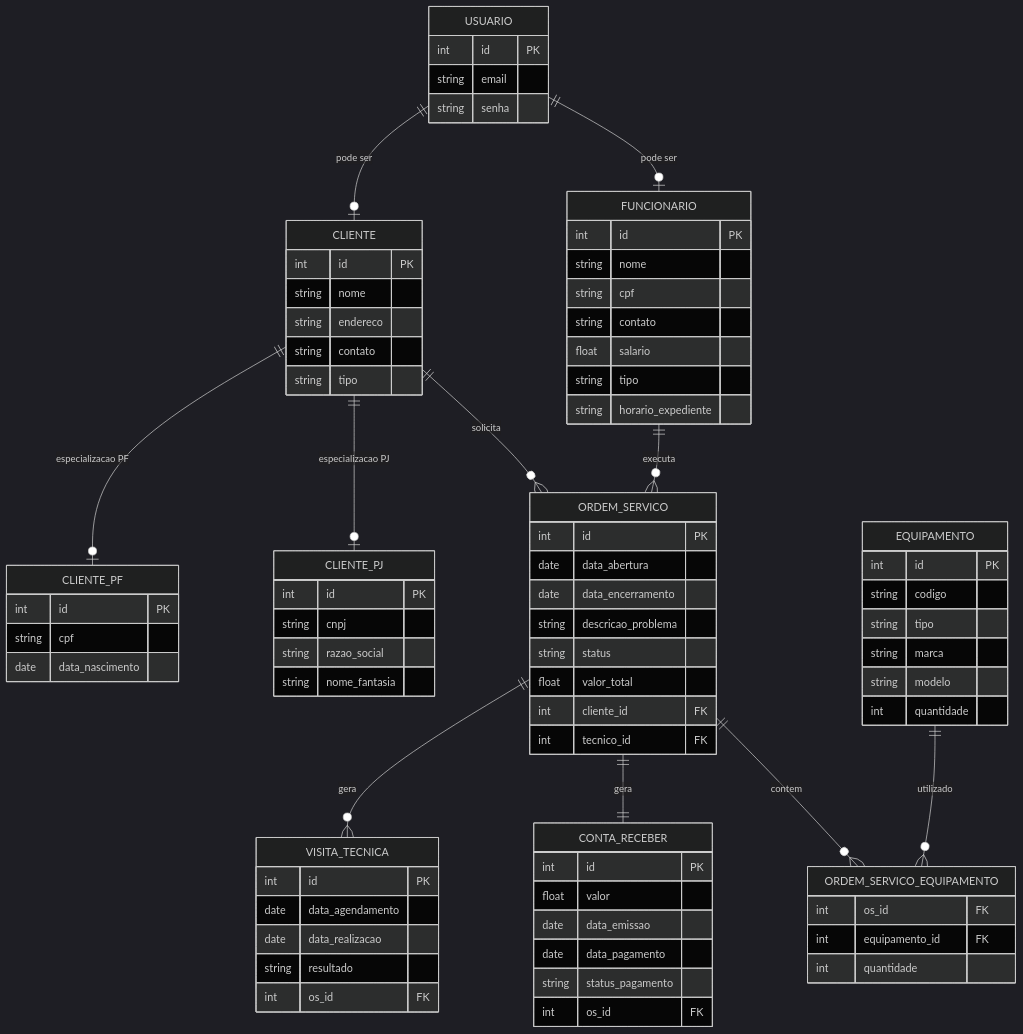
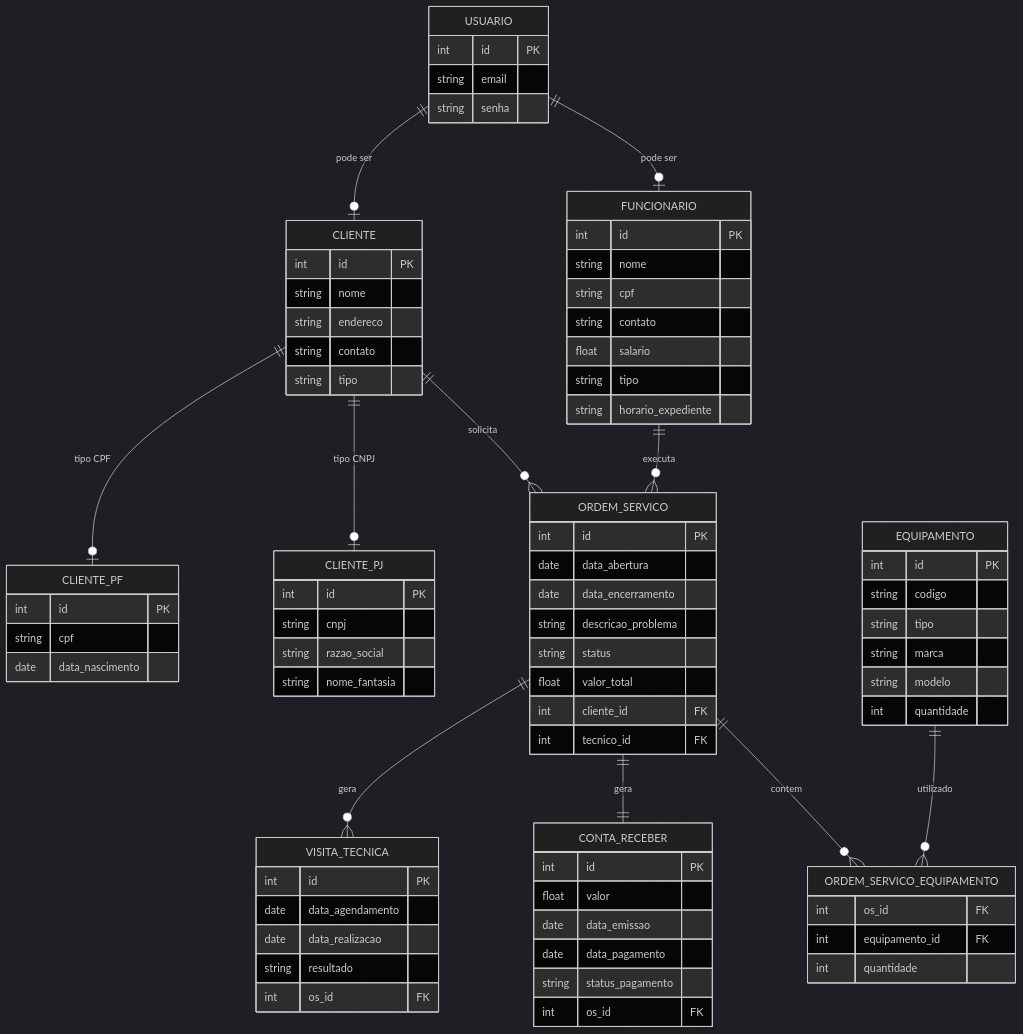
One commit to Got7mj/assistencia changed the diagram in 2026/doc-visao.md. Above: the diagram before and after it, drawn with Mermaid (dark theme).

Commit message:
Update CLIENTE relationships in doc-visao.md

```diff
--- a/2026/doc-visao.md
+++ b/2026/doc-visao.md
@@ -218,8 +218,8 @@
     
     USUARIO ||--o| CLIENTE : "pode ser"
     USUARIO ||--o| FUNCIONARIO : "pode ser"
-    CLIENTE ||--o| CLIENTE_PF : "especializacao PF"
-    CLIENTE ||--o| CLIENTE_PJ : "especializacao PJ"
+    CLIENTE ||--o| CLIENTE_PF : "tipo CPF"
+    CLIENTE ||--o| CLIENTE_PJ : "tipo CNPJ"
     CLIENTE ||--o{ ORDEM_SERVICO : "solicita"
     FUNCIONARIO ||--o{ ORDEM_SERVICO : "executa"
     ORDEM_SERVICO ||--o{ VISITA_TECNICA : "gera"
```
